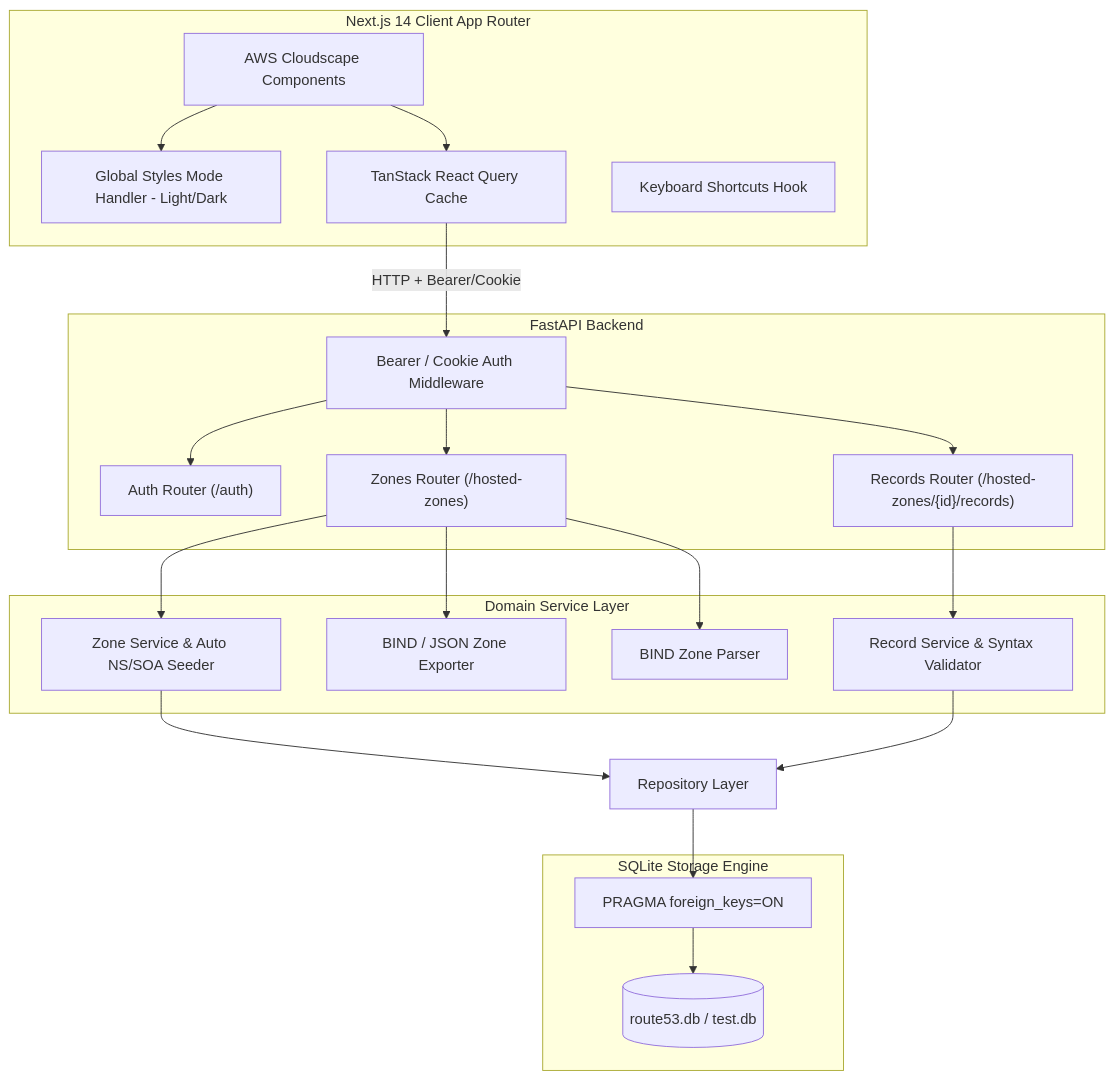
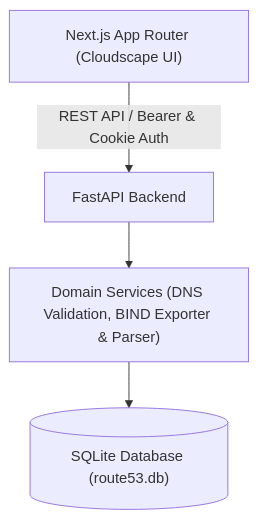
Before and after one commit to Sanjna07/Route53-Clone: the diagram in README.md, drawn with Mermaid. The commit also changed other lines of this file, not shown here.

````diff
--- a/README.md
+++ b/README.md
@@ -41,45 +9,6 @@
 ```mermaid
 graph TD
-    subgraph Frontend [Next.js 14 Client App Router]
-        UI[AWS Cloudscape Components]
-        Theme[Global Styles Mode Handler - Light/Dark]
-        QueryCache[TanStack React Query Cache]
-        Hotkeys[Keyboard Shortcuts Hook]
-    end
-
-    subgraph API [FastAPI Backend]
-        AuthRouter["Auth Router (/auth)"]
-        ZoneRouter["Zones Router (/hosted-zones)"]
-        RecordRouter["Records Router (/hosted-zones/{id}/records)"]
-        AuthMiddleware[Bearer / Cookie Auth Middleware]
-    end
-
-    subgraph ServiceLayer [Domain Service Layer]
-        ZoneService[Zone Service & Auto NS/SOA Seeder]
-        RecordService[Record Service & Syntax Validator]
-        Exporter[BIND / JSON Zone Exporter]
-        Parser[BIND Zone Parser]
-    end
-
-    subgraph Database [SQLite Storage Engine]
-        DB[(route53.db / test.db)]
-        FKPragma["PRAGMA foreign_keys=ON"]
-    end
-
-    UI --> Theme
-    UI --> QueryCache
-    QueryCache -->|HTTP + Bearer/Cookie| AuthMiddleware
-    AuthMiddleware --> AuthRouter
-    AuthMiddleware --> ZoneRouter
-    AuthMiddleware --> RecordRouter
-
-    ZoneRouter --> ZoneService
-    ZoneRouter --> Exporter
-    ZoneRouter --> Parser
-    RecordRouter --> RecordService
-
-    ZoneService --> RepoLayer[Repository Layer]
-    RecordService --> RepoLayer
-    RepoLayer --> FKPragma
-    FKPragma --> DB
+    Client["Next.js App Router (Cloudscape UI)"] -->|REST API / Bearer & Cookie Auth| API["FastAPI Backend"]
+    API --> Services["Domain Services (DNS Validation, BIND Exporter & Parser)"]
+    Services --> DB[("SQLite Database (route53.db)")]
 ```
````
